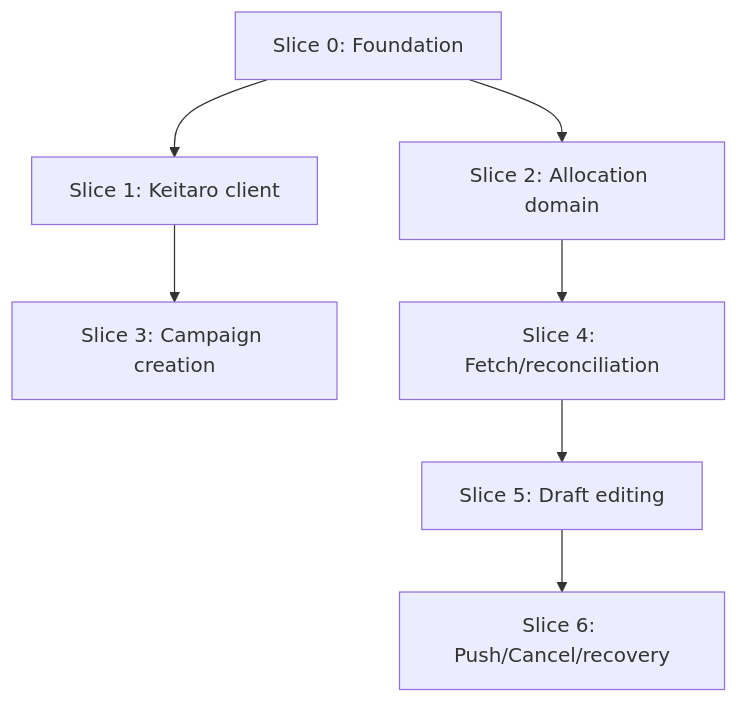
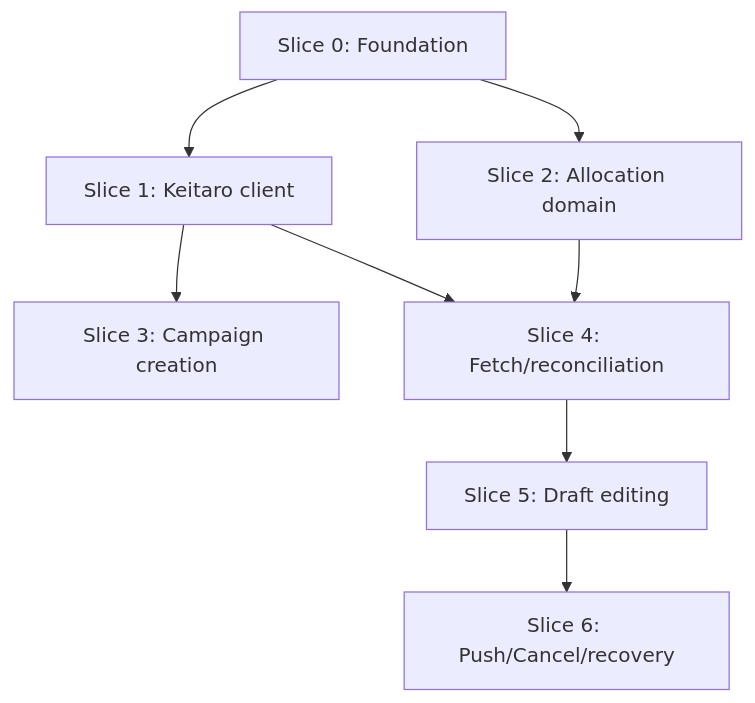
One commit to zaebee/keitaro-wrap changed the first of 2 diagrams in docs/implementation/implementation-plan.md. Above: the diagram before and after it, drawn with Mermaid. The commit also changed other lines of this file and 1 other file, not shown here.

Commit message:
docs: final refinement (dependency consistency, complete decision gates, retry safety, slice 0 scope)

````diff
--- a/docs/implementation/implementation-plan.md
+++ b/docs/implementation/implementation-plan.md
@@ -7,9 +7,10 @@
 ```mermaid
 flowchart TD
   S0[Slice 0: Foundation] --> S1[Slice 1: Keitaro client]
   S0 --> S2[Slice 2: Allocation domain]
   S1 --> S3[Slice 3: Campaign creation]
-  S2 --> S4[Slice 4: Fetch/reconciliation]
+  S1 --> S4[Slice 4: Fetch/reconciliation]
+  S2 --> S4
   S4 --> S5[Slice 5: Draft editing]
   S5 --> S6[Slice 6: Push/Cancel/recovery]
 ```
````
